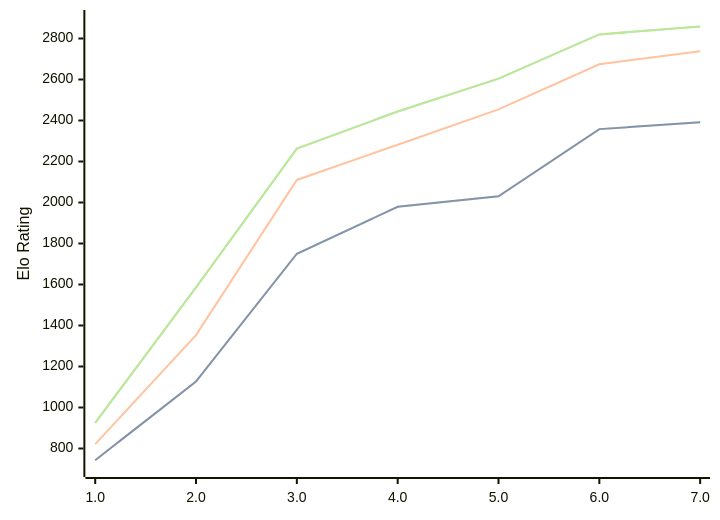
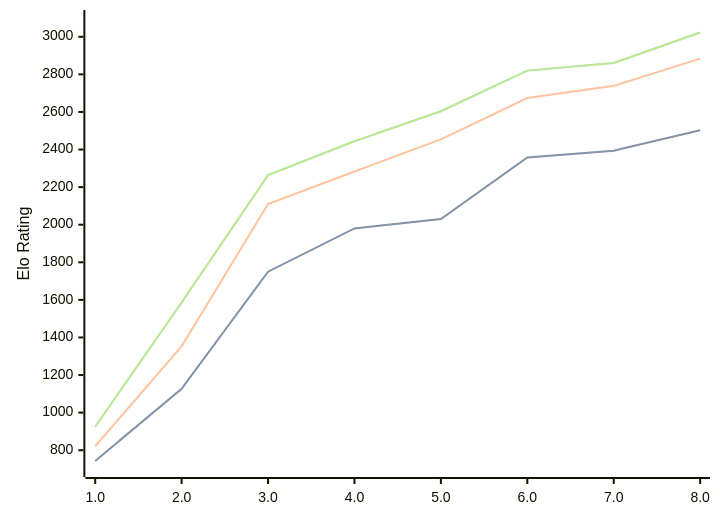
Before and after one commit to computer-chess-index/cci: the diagram in engines/Pea.md, drawn with Mermaid. The commit also changed other lines of this file, not shown here.

Commit message:
Update CCI Ratings (ELO VLTC) - 2026-05-04

````diff
--- a/engines/Pea.md
+++ b/engines/Pea.md
@@ -38,11 +38,11 @@
 ```mermaid
 %%{init: {"theme":"base","themeVariables":{"seriesColors:['#a3a3a3','#222221','#faa371']}}}%%
 xychart-beta
-  x-axis ["1.0", "2.0", "3.0", "4.0", "5.0", "6.0", "7.0"]
-  y-axis "Elo Rating" 700 --> 2900
-  line "STC (8.0+0.08s)" [743, 1127, 1750, 1979, 2030, 2358, 2392]
-  line "STC (8.0+0.08s)" [743, 1127, 1750, 1979, 2030, 2358, 2392]
-  line "LTC (60.0+0.60s)" [821, 1353, 2110, 2282, 2454, 2674, 2738]
-  line "VLTC (2m24s+1.12s)" [925, 1586, 2263, 2444, 2604, 2820, 2859]
-  line "VLTC (2m24s+1.12s)" [925, 1586, 2263, 2444, 2604, 2820, 2859]
+  x-axis ["1.0", "2.0", "3.0", "4.0", "5.0", "6.0", "7.0", "8.0"]
+  y-axis "Elo Rating" 700 --> 3100
+  line "STC (8.0+0.08s)" [743, 1127, 1750, 1980, 2030, 2358, 2394, 2503]
+  line "STC (8.0+0.08s)" [743, 1127, 1750, 1980, 2030, 2358, 2394, 2503]
+  line "LTC (60.0+0.60s)" [821, 1353, 2110, 2283, 2454, 2674, 2739, 2884]
+  line "VLTC (2m24s+1.12s)" [925, 1586, 2264, 2444, 2604, 2820, 2861, 3023]
+  line "VLTC (2m24s+1.12s)" [925, 1586, 2264, 2444, 2604, 2820, 2861, 3023]
 ```
````
